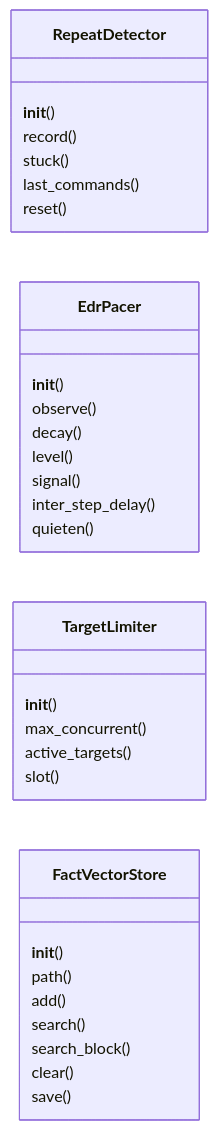
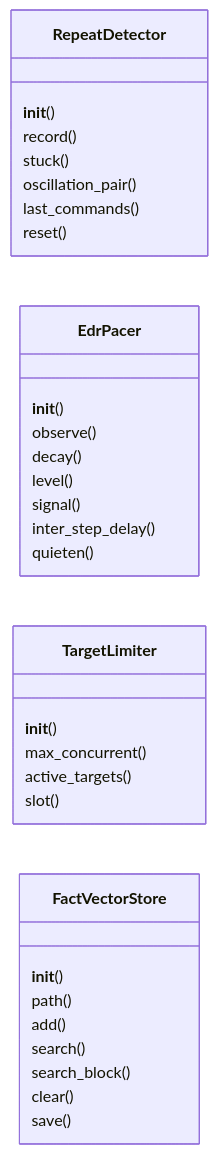
One commit to grisuno/LazyOwn changed the first of 2 diagrams in readmenator-apidocs/modules/modules.loop_guardrails.py.md. Above: the diagram before and after it, drawn with Mermaid. The commit also changed other lines of this file and 415 other files, not shown here.

````diff
--- a/readmenator-apidocs/modules/modules.loop_guardrails.py.md
+++ b/readmenator-apidocs/modules/modules.loop_guardrails.py.md
@@ -36,31 +36,32 @@
 ```mermaid
 classDiagram
     direction LR
     class RepeatDetector
     RepeatDetector : __init__()
     RepeatDetector : record()
     RepeatDetector : stuck()
+    RepeatDetector : oscillation_pair()
     RepeatDetector : last_commands()
     RepeatDetector : reset()
     class EdrPacer
     EdrPacer : __init__()
     EdrPacer : observe()
     EdrPacer : decay()
     EdrPacer : level()
     EdrPacer : signal()
     EdrPacer : inter_step_delay()
     EdrPacer : quieten()
     class TargetLimiter
     TargetLimiter : __init__()
     TargetLimiter : max_concurrent()
     TargetLimiter : active_targets()
     TargetLimiter : slot()
     class FactVectorStore
     FactVectorStore : __init__()
     FactVectorStore : path()
     FactVectorStore : add()
     FactVectorStore : search()
     FactVectorStore : search_block()
     FactVectorStore : clear()
     FactVectorStore : save()
 ```
````
